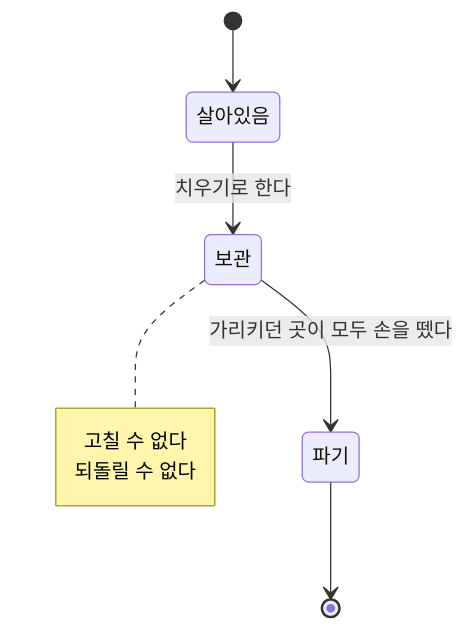
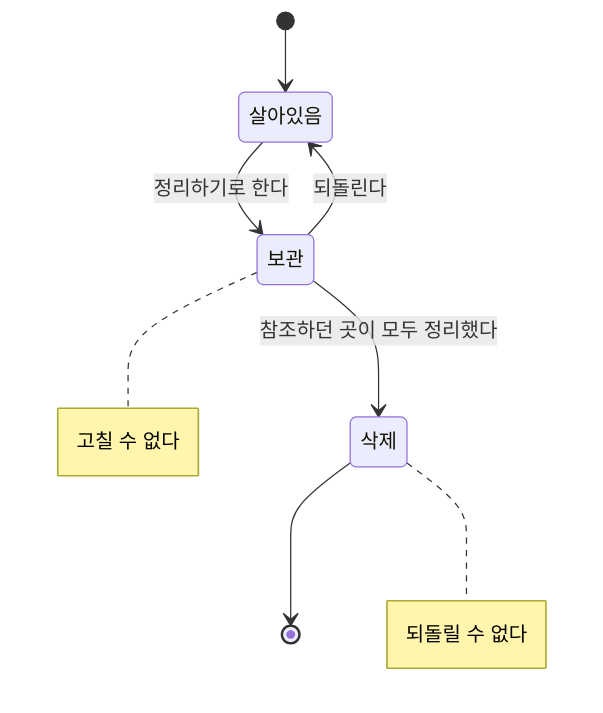
Before and after one commit to libstake-portfolio/ms-product: the diagram in docs/specifications/retirement.md, drawn with Mermaid. The commit also changed other lines of this file and 10 other files, not shown here.

````diff
--- a/docs/specifications/retirement.md
+++ b/docs/specifications/retirement.md
@@ -17,11 +17,15 @@
 ```mermaid
 stateDiagram-v2
     [*] --> 살아있음
-    살아있음 --> 보관: 치우기로 한다
-    보관 --> 파기: 가리키던 곳이 모두 손을 뗐다
-    파기 --> [*]
+    살아있음 --> 보관: 정리하기로 한다
+    보관 --> 살아있음: 되돌린다
+    보관 --> 삭제: 참조하던 곳이 모두 정리했다
+    삭제 --> [*]
+
     note right of 보관
         고칠 수 없다
+    end note
+    note right of 삭제
         되돌릴 수 없다
     end note
 ```
````
